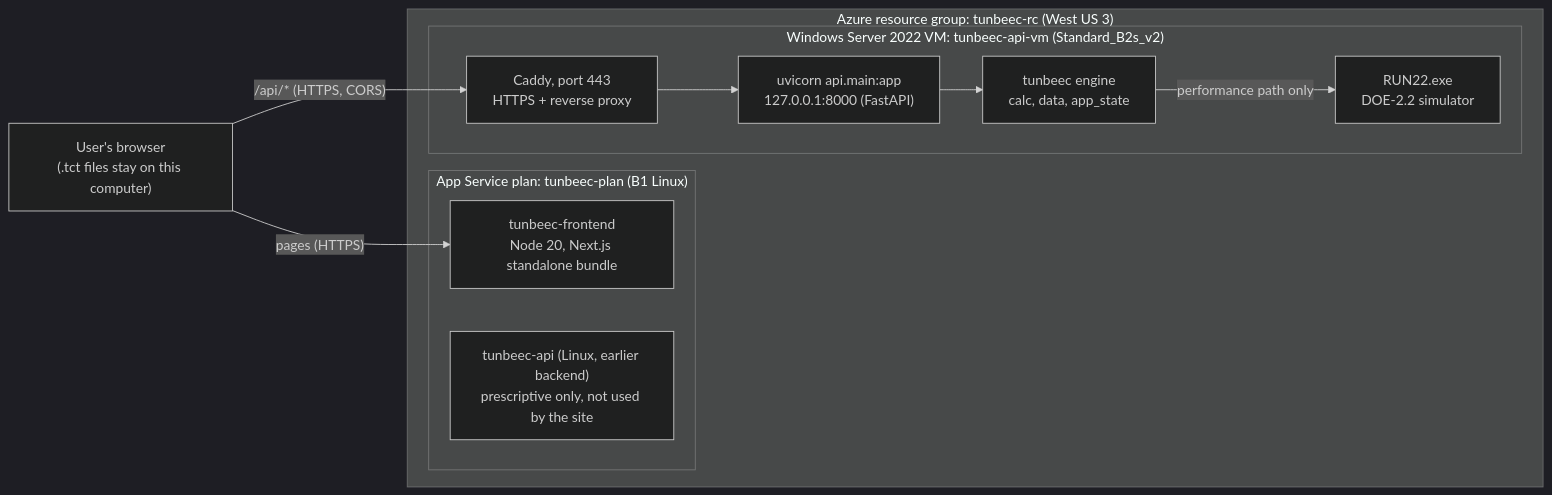
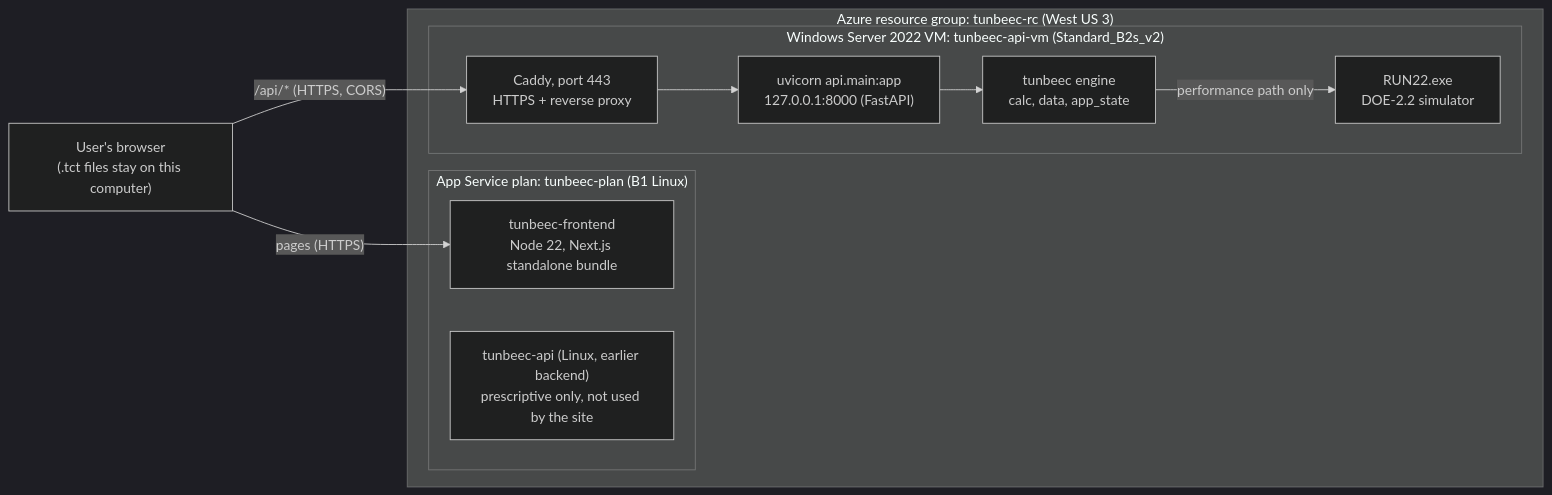
One commit to patilrajvardhan27/Compliance_Tool changed the first of 4 diagrams in README.md. Above: the diagram before and after it, drawn with Mermaid (dark theme). The commit also changed other lines of this file and 21 other files, not shown here.

````diff
--- a/README.md
+++ b/README.md
@@ -32,23 +32,23 @@
 ```mermaid
 flowchart LR
     U["User's browser<br/>(.tct files stay on this computer)"]
 
     subgraph RG["Azure resource group: tunbeec-rc (West US 3)"]
         subgraph PLAN["App Service plan: tunbeec-plan (B1 Linux)"]
-            FE["tunbeec-frontend<br/>Node 20, Next.js standalone bundle"]
+            FE["tunbeec-frontend<br/>Node 22, Next.js standalone bundle"]
             OLD["tunbeec-api (Linux, earlier backend)<br/>prescriptive only, not used by the site"]
         end
         subgraph VM["Windows Server 2022 VM: tunbeec-api-vm (Standard_B2s_v2)"]
             CADDY["Caddy, port 443<br/>HTTPS + reverse proxy"]
             API["uvicorn api.main:app<br/>127.0.0.1:8000 (FastAPI)"]
             ENG["tunbeec engine<br/>calc, data, app_state"]
             DOE["RUN22.exe<br/>DOE-2.2 simulator"]
         end
     end
 
     U -- "pages (HTTPS)" --> FE
     U -- "/api/* (HTTPS, CORS)" --> CADDY
     CADDY --> API
     API --> ENG
     ENG -- "performance path only" --> DOE
 ```
````
